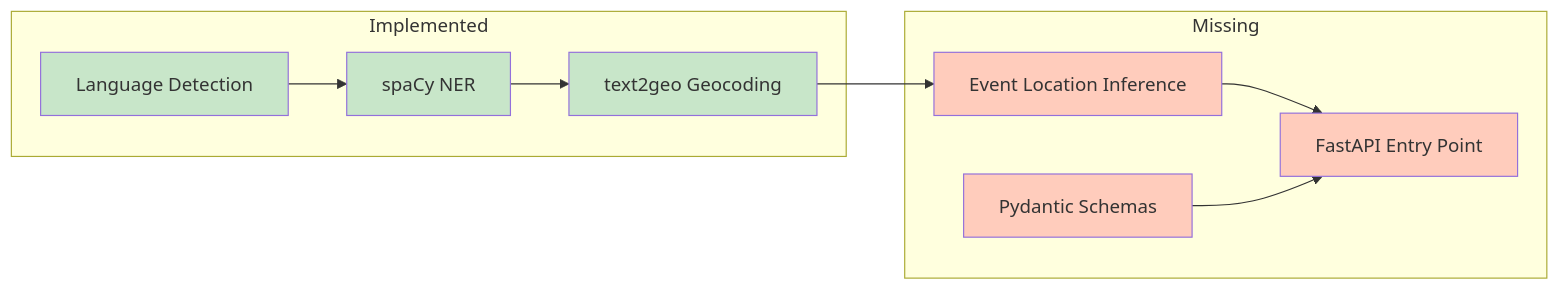
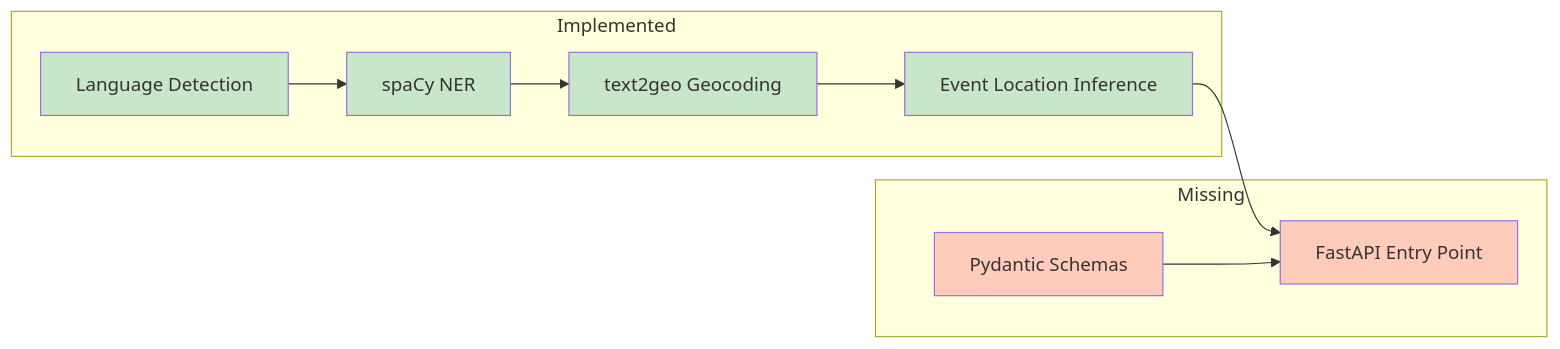
The diagram in backend/location-extraction-service/CONTEXT.md (ConnectedWanderer/living-map), drawn with Mermaid before and after one commit. The commit also changed other lines of this file and 5 other files, not shown here.

Commit message:
feat: implement DisambiguatePipeline for event location inference (Stage 4)

````diff
--- a/backend/location-extraction-service/CONTEXT.md
+++ b/backend/location-extraction-service/CONTEXT.md
@@ -32,21 +32,21 @@
 ```mermaid
 flowchart LR
     subgraph Implemented
         A[Language Detection]
         B[spaCy NER]
         C[text2geo Geocoding]
+        D[Event Location Inference]
     end
     subgraph Missing
-        D[Event Location Inference]
         E[Pydantic Schemas]
         F[FastAPI Entry Point]
     end
     A --> B --> C --> D --> F
     E --> F
     style A fill:#c8e6c9
     style B fill:#c8e6c9
     style C fill:#c8e6c9
-    style D fill:#ffccbc
+    style D fill:#c8e6c9
     style E fill:#ffccbc
     style F fill:#ffccbc
 ```
````
